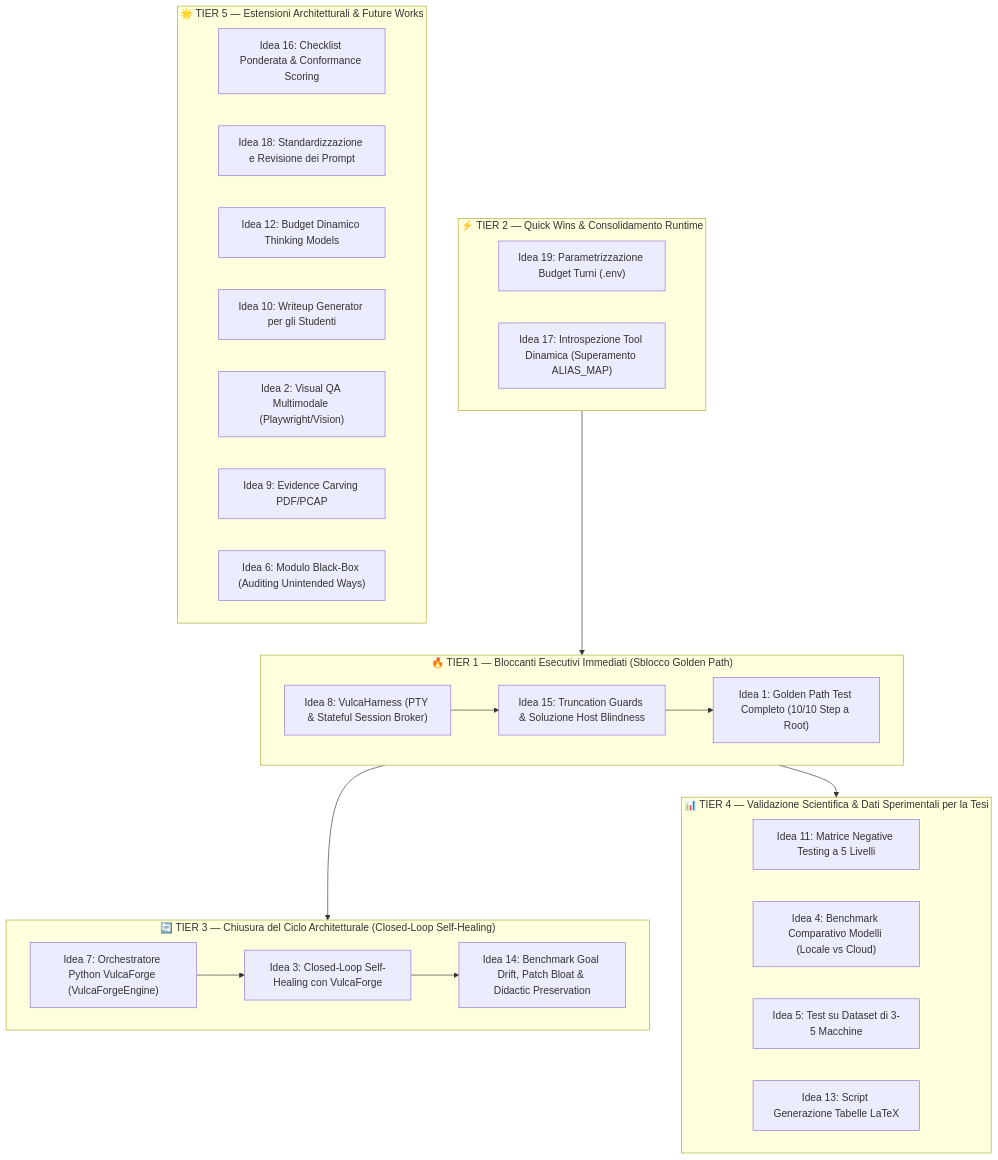
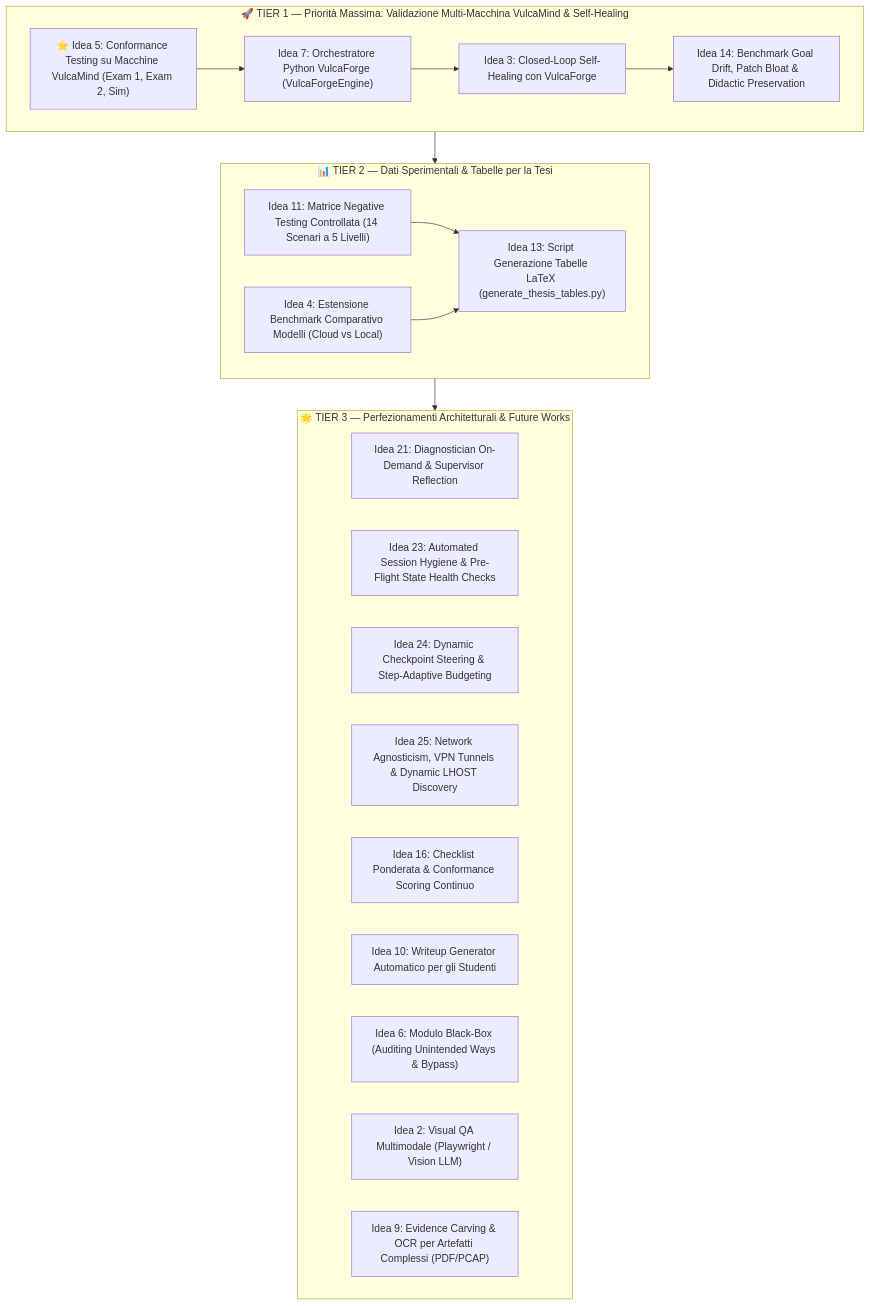
One commit to likingaxis/UNIVE changed the diagram in content/UNI/ANNO 3/TESI/IDEE SPARSE.md. Above: the diagram before and after it, drawn with Mermaid. The commit also changed other lines of this file and 2 other files, not shown here.

````diff
--- a/content/UNI/ANNO 3/TESI/IDEE SPARSE.md
+++ b/content/UNI/ANNO 3/TESI/IDEE SPARSE.md
@@ -12,42 +12,33 @@
 ```mermaid
 flowchart TD
-    subgraph TIER1 ["🔥 TIER 1 — Bloccanti Esecutivi Immediati (Sblocco Golden Path)"]
-        I8["Idea 8: VulcaHarness (PTY & Stateful Session Broker)"]
-        I15["Idea 15: Truncation Guards & Soluzione Host Blindness"]
-        I1["Idea 1: Golden Path Test Completo (10/10 Step a Root)"]
-        I8 --> I15 --> I1
-    end
-
-    subgraph TIER2 ["⚡ TIER 2 — Quick Wins & Consolidamento Runtime"]
-        I19["Idea 19: Parametrizzazione Budget Turni (.env)"]
-        I17["Idea 17: Introspezione Tool Dinamica (Superamento ALIAS_MAP)"]
-    end
-
-    subgraph TIER3 ["🔄 TIER 3 — Chiusura del Ciclo Architetturale (Closed-Loop Self-Healing)"]
+    subgraph TIER1 ["🚀 TIER 1 — Priorità Massima: Validazione Multi-Macchina VulcaMind & Self-Healing"]
+        I5["⭐ Idea 5: Conformance Testing su Macchine VulcaMind (Exam 1, Exam 2, Sim)"]
         I7["Idea 7: Orchestratore Python VulcaForge (VulcaForgeEngine)"]
         I3["Idea 3: Closed-Loop Self-Healing con VulcaForge"]
         I14["Idea 14: Benchmark Goal Drift, Patch Bloat & Didactic Preservation"]
-        I7 --> I3 --> I14
+        I5 --> I7 --> I3 --> I14
     end
 
-    subgraph TIER4 ["📊 TIER 4 — Validazione Scientifica & Dati Sperimentali per la Tesi"]
-        I11["Idea 11: Matrice Negative Testing a 5 Livelli"]
-        I4["Idea 4: Benchmark Comparativo Modelli (Locale vs Cloud)"]
-        I5["Idea 5: Test su Dataset di 3-5 Macchine"]
-        I13["Idea 13: Script Generazione Tabelle LaTeX"]
+    subgraph TIER2 ["📊 TIER 2 — Dati Sperimentali & Tabelle per la Tesi"]
+        I11["Idea 11: Matrice Negative Testing Controllata (14 Scenari a 5 Livelli)"]
+        I4["Idea 4: Estensione Benchmark Comparativo Modelli (Cloud vs Local)"]
+        I13["Idea 13: Script Generazione Tabelle LaTeX (generate_thesis_tables.py)"]
+        I11 --> I13
+        I4 --> I13
     end
 
-    subgraph TIER5 ["🌟 TIER 5 — Estensioni Architetturali & Future Works"]
-        I16["Idea 16: Checklist Ponderata & Conformance Scoring"]
-        I18["Idea 18: Standardizzazione e Revisione dei Prompt"]
-        I12["Idea 12: Budget Dinamico Thinking Models"]
-        I10["Idea 10: Writeup Generator per gli Studenti"]
-        I2["Idea 2: Visual QA Multimodale (Playwright/Vision)"]
-        I9["Idea 9: Evidence Carving PDF/PCAP"]
-        I6["Idea 6: Modulo Black-Box (Auditing Unintended Ways)"]
+    subgraph TIER3 ["🌟 TIER 3 — Perfezionamenti Architetturali & Future Works"]
+        I21["Idea 21: Diagnostician On-Demand & Supervisor Reflection"]
+        I23["Idea 23: Automated Session Hygiene & Pre-Flight State Health Checks"]
+        I24["Idea 24: Dynamic Checkpoint Steering & Step-Adaptive Budgeting"]
+        I25["Idea 25: Network Agnosticism, VPN Tunnels & Dynamic LHOST Discovery"]
+        I16["Idea 16: Checklist Ponderata & Conformance Scoring Continuo"]
+        I10["Idea 10: Writeup Generator Automatico per gli Studenti"]
+        I6["Idea 6: Modulo Black-Box (Auditing Unintended Ways & Bypass)"]
+        I2["Idea 2: Visual QA Multimodale (Playwright / Vision LLM)"]
+        I9["Idea 9: Evidence Carving & OCR per Artefatti Complessi (PDF/PCAP)"]
     end
 
-    TIER1 --> TIER3
-    TIER1 --> TIER4
-    TIER2 --> TIER1
+    TIER1 --> TIER2
+    TIER2 --> TIER3
 ```
````
